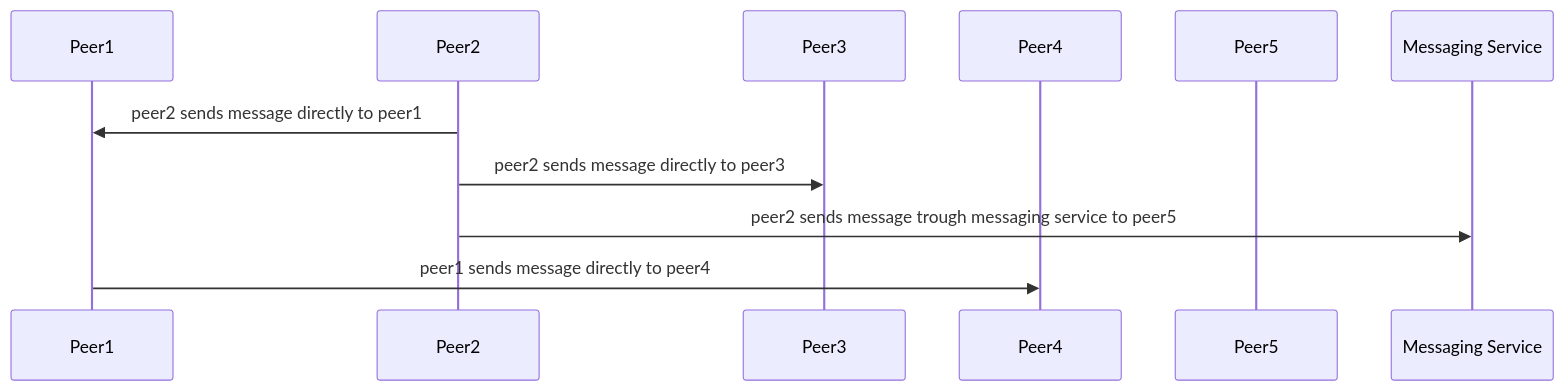
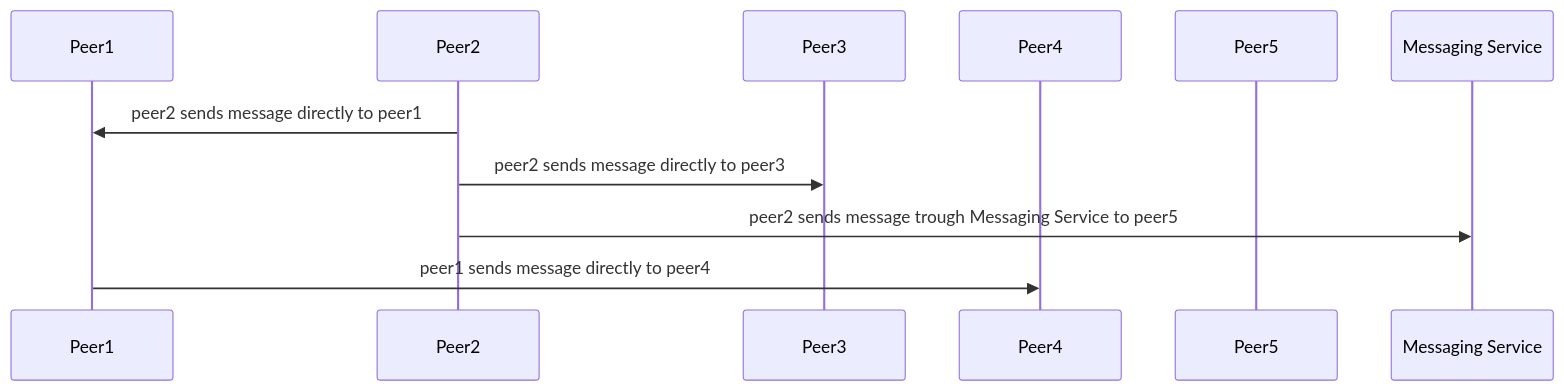
One commit to decentraland/adr changed diagram 11 of 13 in RFC/RFC-16-p2p-adapter-local-routes.md. Above: the diagram before and after it, drawn with Mermaid. The commit also changed other lines of this file, not shown here.

````diff
--- a/RFC/RFC-16-p2p-adapter-local-routes.md
+++ b/RFC/RFC-16-p2p-adapter-local-routes.md
@@ -184,15 +194,15 @@
 ```mermaid
 sequenceDiagram
     participant Peer1
     participant Peer2
     participant Peer3
     participant Peer4
     participant Peer5
     participant MS as Messaging Service
 
     Peer2->>Peer1: peer2 sends message directly to peer1
     Peer2->>Peer3: peer2 sends message directly to peer3
-    Peer2->>MS: peer2 sends message trough messaging service to peer5
+    Peer2->>MS: peer2 sends message trough Messaging Service to peer5
 
     Peer1->>Peer4: peer1 sends message directly to peer4
 ```
````
